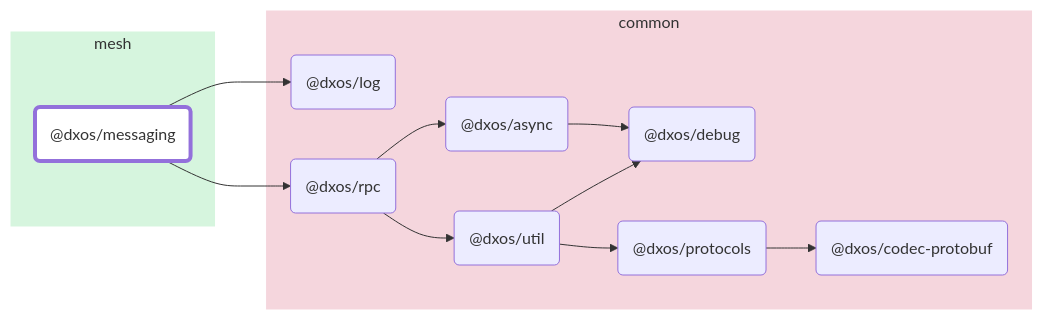
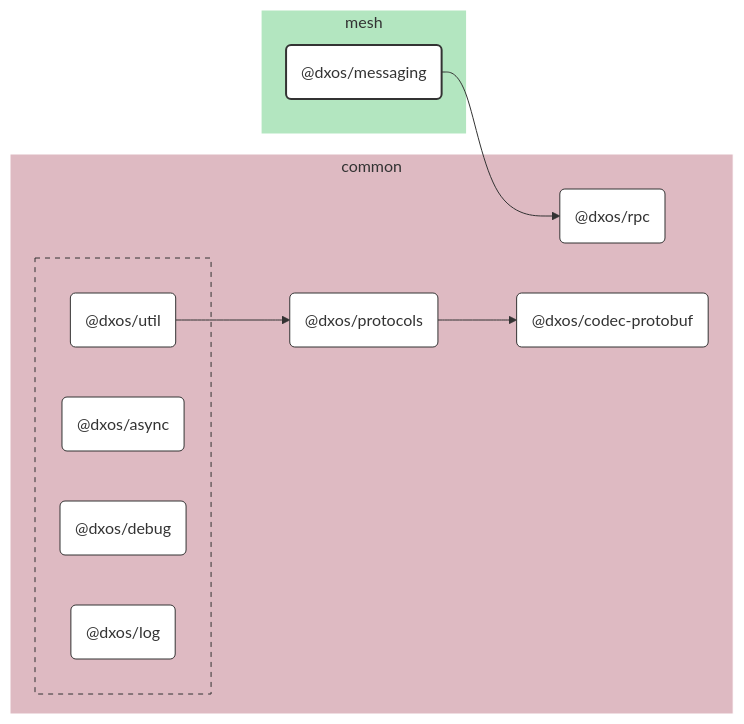
One commit to dxos/dxos changed the diagram in packages/mesh/messaging/docs/README.md. Above: the diagram before and after it, drawn with Mermaid. The commit also changed 100 other files, not shown here.

````diff
--- a/packages/mesh/messaging/docs/README.md
+++ b/packages/mesh/messaging/docs/README.md
@@ -7,38 +7,59 @@
 ```mermaid
-flowchart LR;
+%%{ init: {'flowchart':{'curve':'basis'}} }%%
 
-style dxos/messaging fill:#fff,stroke-width:4px;
+flowchart LR
 
-click dxos/async "https:/github.com/dxos/dxos/tree/main/packages/common/async/docs";
-click dxos/debug "https:/github.com/dxos/dxos/tree/main/packages/common/debug/docs";
-click dxos/codec-protobuf "https:/github.com/dxos/dxos/tree/main/packages/common/codec-protobuf/docs";
-click dxos/log "https:/github.com/dxos/dxos/tree/main/packages/common/log/docs";
-click dxos/protocols "https:/github.com/dxos/dxos/tree/main/packages/common/protocols/docs";
-click dxos/rpc "https:/github.com/dxos/dxos/tree/main/packages/common/rpc/docs";
-click dxos/util "https:/github.com/dxos/dxos/tree/main/packages/common/util/docs";
+%% Links
+dxos/messaging --> dxos/rpc;
+dxos/protocols --> dxos/codec-protobuf;
+dxos/util --> dxos/protocols;
 
+%% Sections
 subgraph mesh
-  style mesh fill:#d6f5de,stroke:#fff;
-  dxos/messaging("@dxos/messaging");
+  style mesh fill:#b3e6c0,stroke:#fff;
+
+  dxos/messaging("@dxos/messaging")
 end
 
 subgraph common
-  style common fill:#f5d6dd,stroke:#fff;
-  dxos/async("@dxos/async");
-  dxos/debug("@dxos/debug");
-  dxos/codec-protobuf("@dxos/codec-protobuf");
-  dxos/log("@dxos/log");
-  dxos/protocols("@dxos/protocols");
-  dxos/rpc("@dxos/rpc");
-  dxos/util("@dxos/util");
+  style common fill:#debac2,stroke:#fff;
+
+  dxos/codec-protobuf("@dxos/codec-protobuf")
+  dxos/protocols("@dxos/protocols")
+  dxos/rpc("@dxos/rpc")
+
+  subgraph common-excluded [ ]
+    style common-excluded fill:#debac2,stroke:#333,stroke-dasharray:5 5;
+
+    dxos/async("@dxos/async")
+    dxos/debug("@dxos/debug")
+    dxos/log("@dxos/log")
+    dxos/util("@dxos/util")
+  end
 end
 
-dxos/async --> dxos/debug;
-dxos/messaging --> dxos/log;
-dxos/protocols --> dxos/codec-protobuf;
-dxos/messaging --> dxos/rpc;
-dxos/rpc --> dxos/async;
-dxos/rpc --> dxos/util;
-dxos/util --> dxos/debug;
-dxos/util --> dxos/protocols;
+
+%% Hyperlinks
+click dxos/async href "https:/github.com/dxos/dxos/tree/main/packages/common/async/docs";
+click dxos/codec-protobuf href "https:/github.com/dxos/dxos/tree/main/packages/common/codec-protobuf/docs";
+click dxos/debug href "https:/github.com/dxos/dxos/tree/main/packages/common/debug/docs";
+click dxos/log href "https:/github.com/dxos/dxos/tree/main/packages/common/log/docs";
+click dxos/protocols href "https:/github.com/dxos/dxos/tree/main/packages/common/protocols/docs";
+click dxos/rpc href "https:/github.com/dxos/dxos/tree/main/packages/common/rpc/docs";
+click dxos/util href "https:/github.com/dxos/dxos/tree/main/packages/common/util/docs";
+
+%% Styles
+classDef rootNode fill:#fff,stroke:#333,stroke-width:2px
+classDef defaultNode fill:#fff,stroke:#333,stroke-width:1px
+linkStyle default stroke:#333,stroke-width:1px
+
+dxos/messaging:::rootNode
+
+dxos/async:::defaultNode
+dxos/codec-protobuf:::defaultNode
+dxos/debug:::defaultNode
+dxos/log:::defaultNode
+dxos/protocols:::defaultNode
+dxos/rpc:::defaultNode
+dxos/util:::defaultNode
 ```
````
